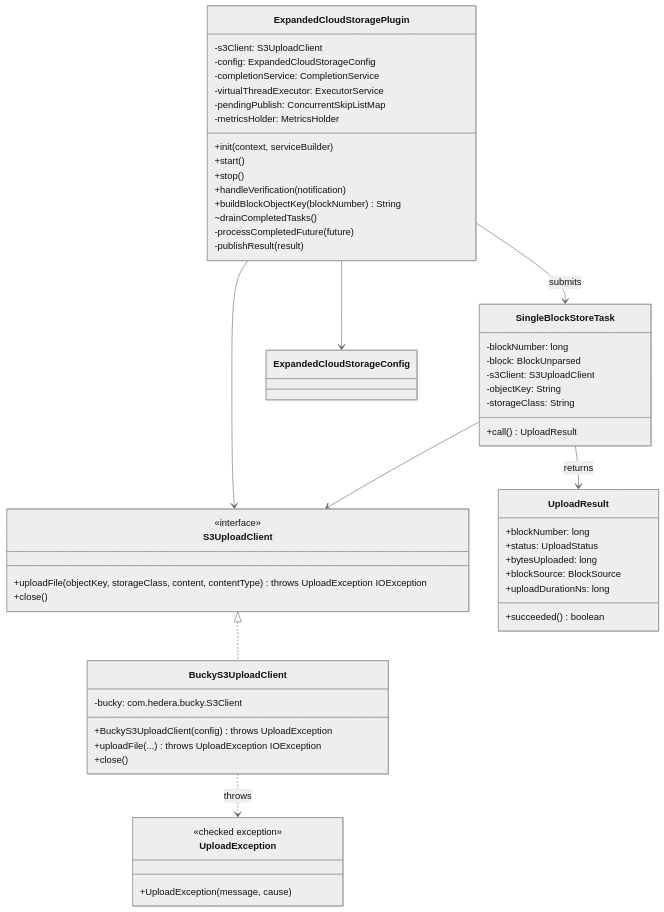
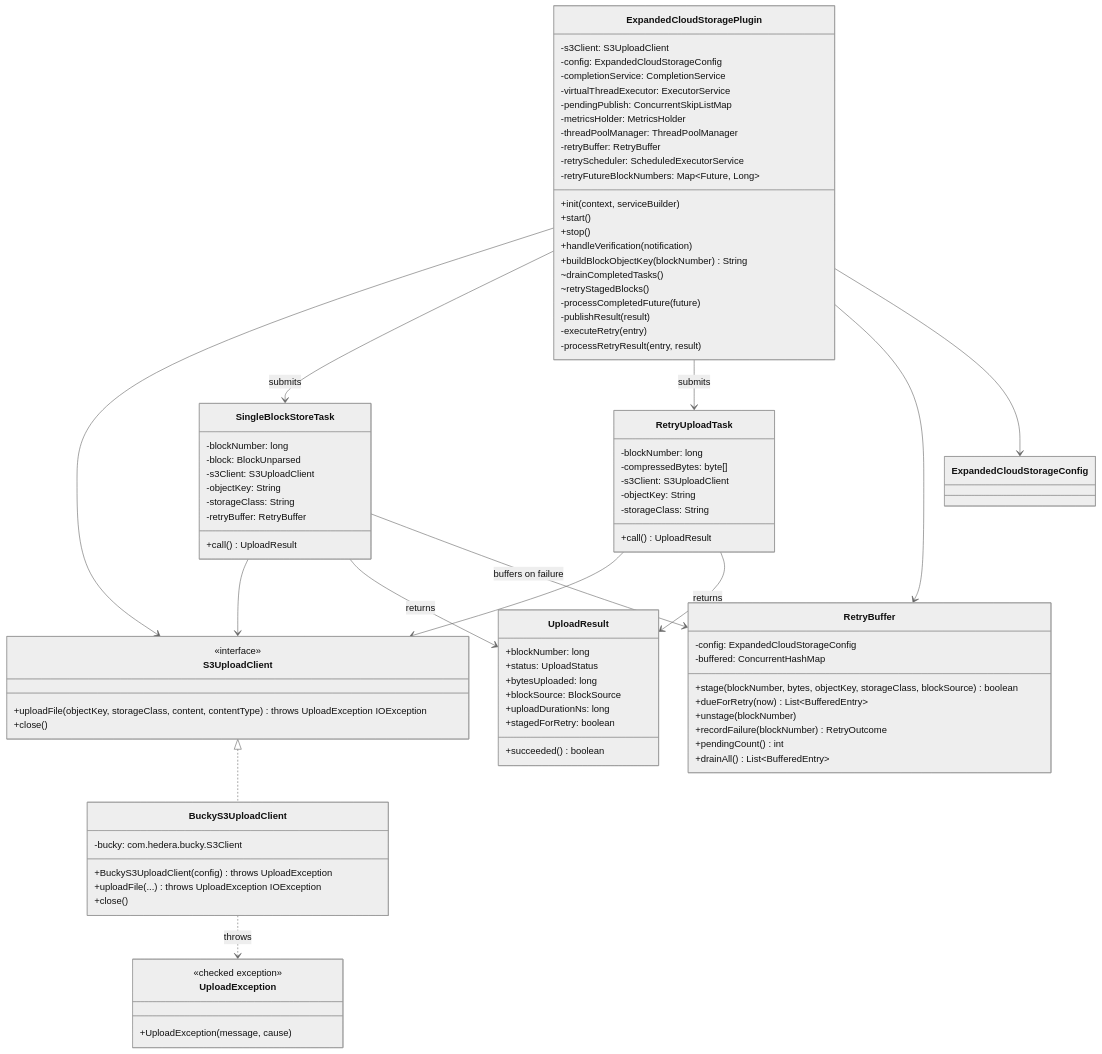
One commit to hiero-ledger/hiero-docs changed the second of 2 diagrams in block-node/design/persistence/cloud-storage-expanded.md. Above: the diagram before and after it, drawn with Mermaid (neutral theme). The commit also changed other lines of this file and 26 other files, not shown here.

````diff
--- a/block-node/design/persistence/cloud-storage-expanded.md
+++ b/block-node/design/persistence/cloud-storage-expanded.md
@@ -316,14 +400,21 @@
         -virtualThreadExecutor: ExecutorService
         -pendingPublish: ConcurrentSkipListMap
         -metricsHolder: MetricsHolder
+        -threadPoolManager: ThreadPoolManager
+        -retryBuffer: RetryBuffer
+        -retryScheduler: ScheduledExecutorService
+        -retryFutureBlockNumbers: Map~Future, Long~
         +init(context, serviceBuilder)
         +start()
         +stop()
         +handleVerification(notification)
         +buildBlockObjectKey(blockNumber) String
         ~drainCompletedTasks()
+        ~retryStagedBlocks()
         -processCompletedFuture(future)
         -publishResult(result)
+        -executeRetry(entry)
+        -processRetryResult(entry, result)
     }
     class SingleBlockStoreTask {
         -blockNumber: long
@@ -331,6 +422,7 @@
         -s3Client: S3UploadClient
         -objectKey: String
         -storageClass: String
+        -retryBuffer: RetryBuffer
         +call() UploadResult
     }
     class UploadResult {
@@ -339,13 +431,37 @@
         +bytesUploaded: long
         +blockSource: BlockSource
         +uploadDurationNs: long
+        +stagedForRetry: boolean
         +succeeded() boolean
+    }
+    class RetryBuffer {
+        -config: ExpandedCloudStorageConfig
+        -buffered: ConcurrentHashMap
+        +stage(blockNumber, bytes, objectKey, storageClass, blockSource) boolean
+        +dueForRetry(now) List~BufferedEntry~
+        +unstage(blockNumber)
+        +recordFailure(blockNumber) RetryOutcome
+        +pendingCount() int
+        +drainAll() List~BufferedEntry~
+    }
+    class RetryUploadTask {
+        -blockNumber: long
+        -compressedBytes: byte[]
+        -s3Client: S3UploadClient
+        -objectKey: String
+        -storageClass: String
+        +call() UploadResult
     }
     S3UploadClient <|.. BuckyS3UploadClient
     BuckyS3UploadClient ..> UploadException : throws
     ExpandedCloudStoragePlugin --> S3UploadClient
     ExpandedCloudStoragePlugin --> SingleBlockStoreTask : submits
+    ExpandedCloudStoragePlugin --> RetryUploadTask : submits
+    ExpandedCloudStoragePlugin --> RetryBuffer
     SingleBlockStoreTask --> S3UploadClient
     SingleBlockStoreTask --> UploadResult : returns
+    SingleBlockStoreTask --> RetryBuffer : buffers on failure
+    RetryUploadTask --> S3UploadClient
+    RetryUploadTask --> UploadResult : returns
     ExpandedCloudStoragePlugin --> ExpandedCloudStorageConfig
 ```
````
